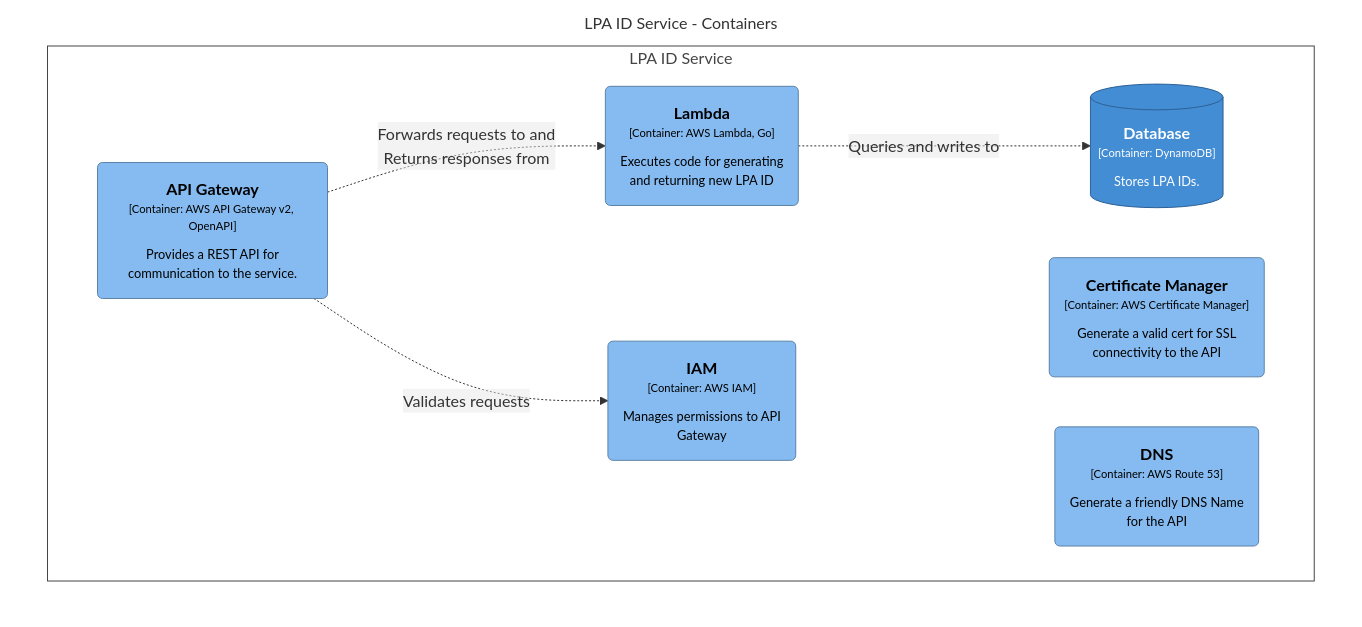
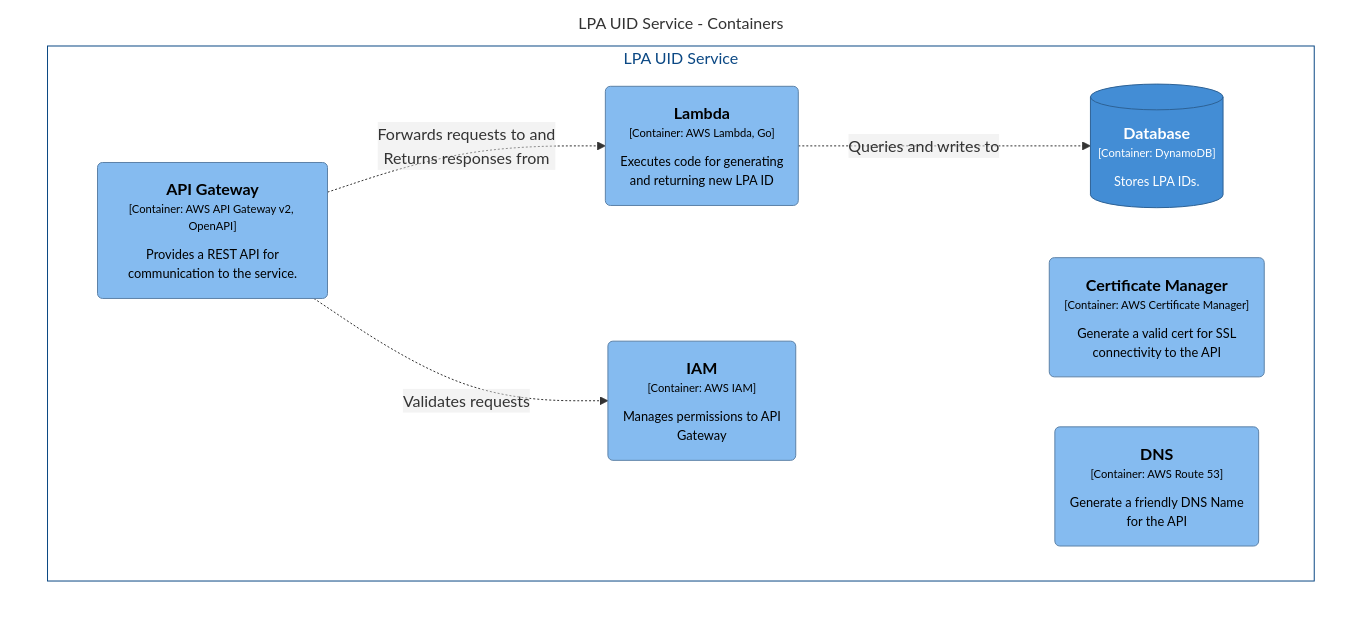
Before and after one commit to ministryofjustice/opg-technical-guidance: the diagram in dsl/poas/structurizr-lpaIDServiceContainers.mmd, drawn with Mermaid. The commit also changed 6 other files, not shown here.

```diff
--- a/dsl/poas/structurizr-lpaIDServiceContainers.mmd
+++ b/dsl/poas/structurizr-lpaIDServiceContainers.mmd
@@ -1,27 +1,27 @@
 graph TB
   linkStyle default fill:#ffffff
 
-  subgraph diagram [LPA ID Service - Containers]
+  subgraph diagram [LPA UID Service - Containers]
     style diagram fill:#ffffff,stroke:#ffffff
 
-    subgraph 1 [LPA ID Service]
-      style 1 fill:#ffffff,stroke:#444444,color:#444444
+    subgraph 1 [LPA UID Service]
+      style 1 fill:#ffffff,stroke:#0b4884,color:#0b4884
 
       2[("<div style='font-weight: bold'>Database</div><div style='font-size: 70%; margin-top: 0px'>[Container: DynamoDB]</div><div style='font-size: 80%; margin-top:10px'>Stores LPA IDs.</div>")]
       style 2 fill:#438dd5,stroke:#2e6295,color:#ffffff
       3("<div style='font-weight: bold'>Lambda</div><div style='font-size: 70%; margin-top: 0px'>[Container: AWS Lambda, Go]</div><div style='font-size: 80%; margin-top:10px'>Executes code for generating<br />and returning new LPA ID</div>")
       style 3 fill:#85bbf0,stroke:#5d82a8,color:#000000
       5("<div style='font-weight: bold'>IAM</div><div style='font-size: 70%; margin-top: 0px'>[Container: AWS IAM]</div><div style='font-size: 80%; margin-top:10px'>Manages permissions to API<br />Gateway</div>")
       style 5 fill:#85bbf0,stroke:#5d82a8,color:#000000
       6("<div style='font-weight: bold'>Certificate Manager</div><div style='font-size: 70%; margin-top: 0px'>[Container: AWS Certificate Manager]</div><div style='font-size: 80%; margin-top:10px'>Generate a valid cert for SSL<br />connectivity to the API</div>")
       style 6 fill:#85bbf0,stroke:#5d82a8,color:#000000
       7("<div style='font-weight: bold'>DNS</div><div style='font-size: 70%; margin-top: 0px'>[Container: AWS Route 53]</div><div style='font-size: 80%; margin-top:10px'>Generate a friendly DNS Name<br />for the API</div>")
       style 7 fill:#85bbf0,stroke:#5d82a8,color:#000000
       8("<div style='font-weight: bold'>API Gateway</div><div style='font-size: 70%; margin-top: 0px'>[Container: AWS API Gateway v2, OpenAPI]</div><div style='font-size: 80%; margin-top:10px'>Provides a REST API for<br />communication to the service.</div>")
       style 8 fill:#85bbf0,stroke:#5d82a8,color:#000000
     end
 
     8-. "<div>Validates requests</div><div style='font-size: 70%'></div>" .->5
     3-. "<div>Queries and writes to</div><div style='font-size: 70%'></div>" .->2
     8-. "<div>Forwards requests to and<br />Returns responses from</div><div style='font-size: 70%'></div>" .->3
   end
```
